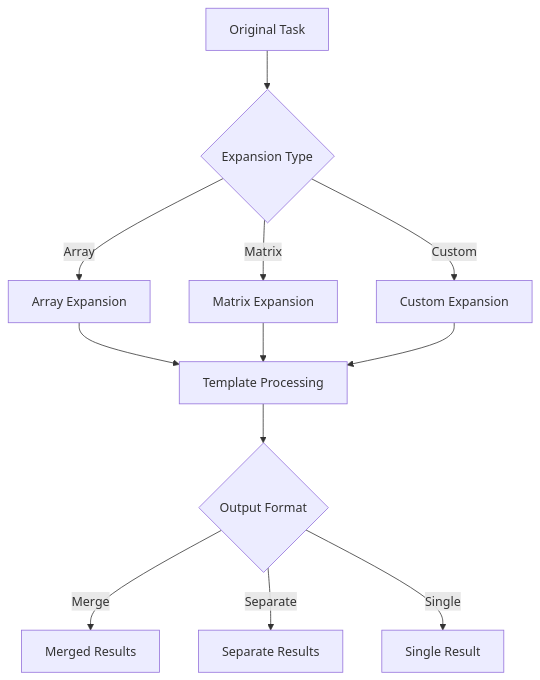
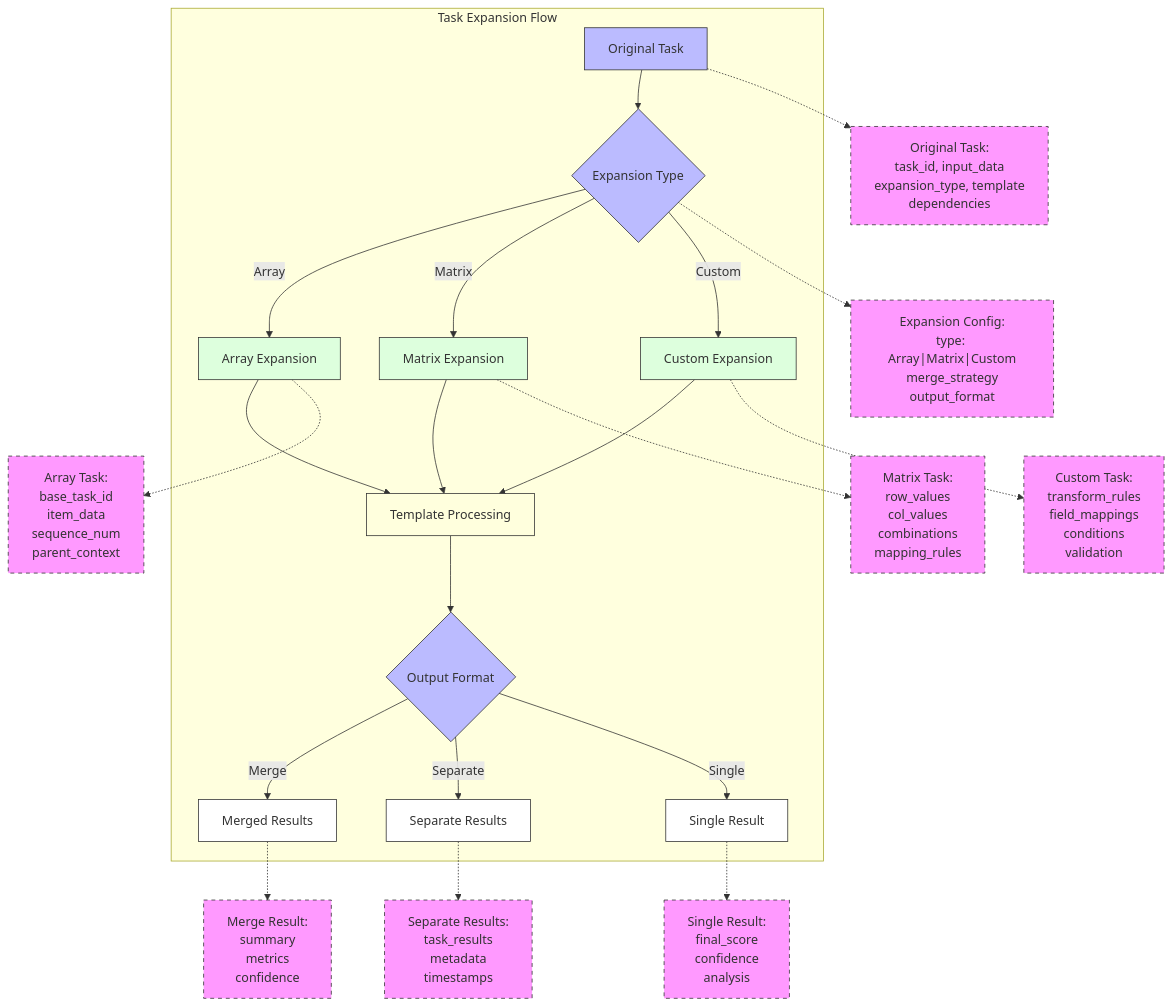
Before and after one commit to TheIntentNetwork/AgentWorkflowService: the fourth of 11 diagrams in Documents/TaskProcessingSystem.md, drawn with Mermaid. The commit also changed other lines of this file and 72 other files, not shown here.

Commit message:
Updated to task_group with full distibution. Need to fix task expansion/array mapping.

````diff
--- a/Documents/TaskProcessingSystem.md
+++ b/Documents/TaskProcessingSystem.md
@@ -100,16 +255,60 @@
 ```mermaid
-flowchart TD
-    A[Original Task] --> B{Expansion Type}
-    B -->|Array| C[Array Expansion]
-    B -->|Matrix| D[Matrix Expansion]
-    B -->|Custom| E[Custom Expansion]
+graph TB
+    subgraph "Task Expansion Flow"
+        A[Original Task] --> B{Expansion Type}
+        B -->|Array| C[Array Expansion]
+        B -->|Matrix| D[Matrix Expansion]
+        B -->|Custom| E[Custom Expansion]
+        
+        C --> F[Template Processing]
+        D --> F
+        E --> F
+        
+        F --> G{Output Format}
+        G -->|Merge| H[Merged Results]
+        G -->|Separate| I[Separate Results]
+        G -->|Single| J[Single Result]
+    end
+
+    %% Notes as nodes connected with dashed lines
+    A -.-> N1["Original Task:<br/>task_id, input_data<br/>expansion_type, template<br/>dependencies"]
     
-    C --> F[Template Processing]
-    D --> F
-    E --> F
+    B -.-> N2["Expansion Config:<br/>type: Array|Matrix|Custom<br/>merge_strategy<br/>output_format"]
     
-    F --> G{Output Format}
-    G -->|Merge| H[Merged Results]
-    G -->|Separate| I[Separate Results]
-    G -->|Single| J[Single Result]
+    C -.-> N3["Array Task:<br/>base_task_id<br/>item_data<br/>sequence_num<br/>parent_context"]
+    
+    D -.-> N4["Matrix Task:<br/>row_values<br/>col_values<br/>combinations<br/>mapping_rules"]
+    
+    E -.-> N5["Custom Task:<br/>transform_rules<br/>field_mappings<br/>conditions<br/>validation"]
+    
+    H -.-> N6["Merge Result:<br/>summary<br/>metrics<br/>confidence"]
+    
+    I -.-> N7["Separate Results:<br/>task_results<br/>metadata<br/>timestamps"]
+    
+    J -.-> N8["Single Result:<br/>final_score<br/>confidence<br/>analysis"]
+
+    %% Styling
+    classDef note fill:#f9f,stroke:#333,stroke-dasharray: 5 5
+    classDef process fill:#bbf,stroke:#333
+    classDef expansion fill:#dfd,stroke:#333
+    classDef template fill:#ffd,stroke:#333
+    classDef output fill:#fff,stroke:#333
+
+    class A,B,G process
+    class C,D,E expansion
+    class F template
+    class H,I,J output
+    class N1,N2,N3,N4,N5,N6,N7,N8 note
+
+    %% Labels
+    A:::process
+    B:::process
+    G:::process
+    C:::expansion
+    D:::expansion
+    E:::expansion
+    F:::template
+    H:::output
+    I:::output
+    J:::output
 ```
````
